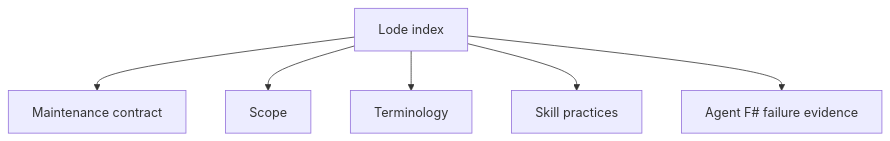
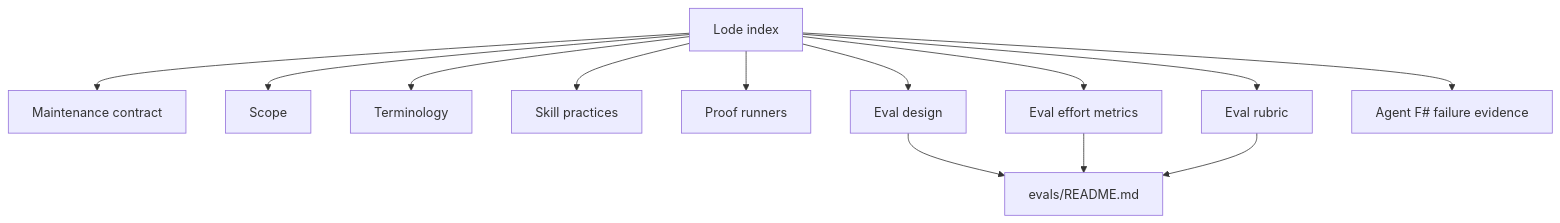
One commit to TheAngryByrd/fsharp-skills changed the diagram in lode/lode-map.md. Above: the diagram before and after it, drawn with Mermaid. The commit also changed other lines of this file and 18 other files, not shown here.

````diff
--- a/lode/lode-map.md
+++ b/lode/lode-map.md
@@ -18,8 +22,15 @@
 ```mermaid
 flowchart TD
     Index[Lode index] --> Readme[Maintenance contract]
     Index --> Summary[Scope]
     Index --> Terms[Terminology]
     Index --> Practices[Skill practices]
+    Index --> ProofRunners[Proof runners]
+    Index --> EvalDesign[Eval design]
+    Index --> EffortMetrics[Eval effort metrics]
+    Index --> Rubric[Eval rubric]
     Index --> Failures[Agent F# failure evidence]
+    EvalDesign --> EvalsReadme[evals/README.md]
+    EffortMetrics --> EvalsReadme
+    Rubric --> EvalsReadme
 ```
````
